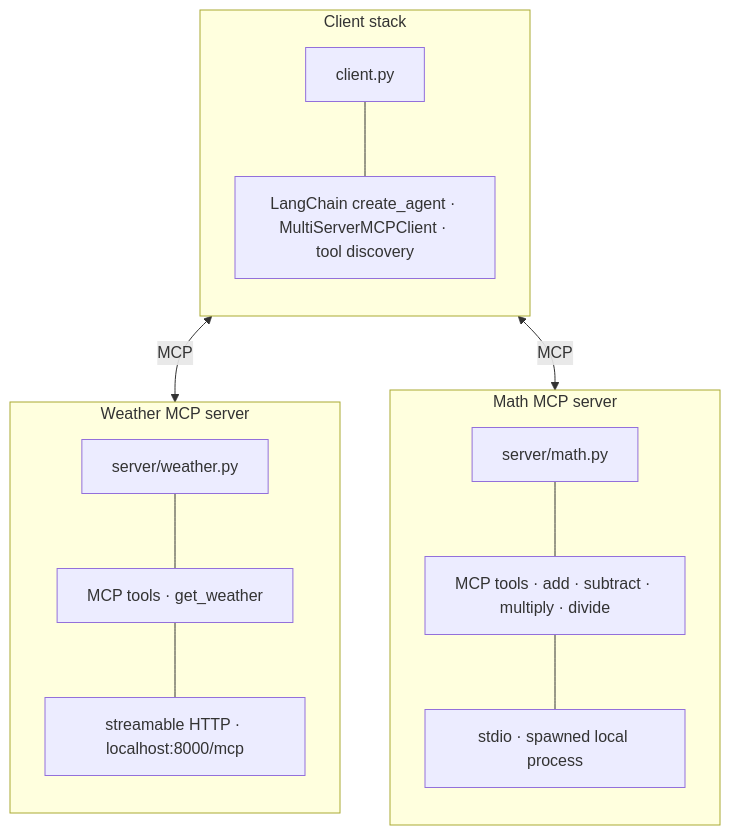
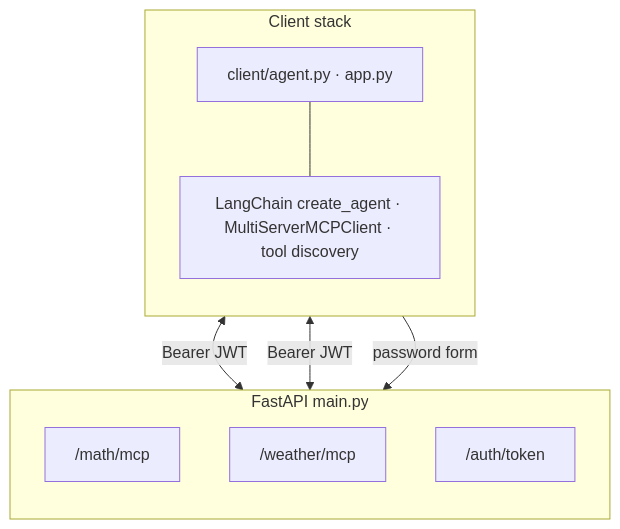
Before and after one commit to reddybharat/custom-mcp-server: the diagram in README.md, drawn with Mermaid. The commit also changed other lines of this file and 7 other files, not shown here.

Commit message:
Updated folder structure to seperate out server and client

````diff
--- a/README.md
+++ b/README.md
@@ -18,30 +18,20 @@
 ```mermaid
 flowchart TB
     subgraph cli["Client stack"]
         direction TB
-        c_title["client.py"]
+        c_title["client/agent.py · app.py"]
         c_detail["LangChain create_agent · MultiServerMCPClient · tool discovery"]
         c_title --- c_detail
     end
 
-    subgraph smath["Math MCP server"]
+    subgraph api["FastAPI main.py"]
         direction TB
-        m_file["server/math.py"]
-        m_tools["MCP tools · add · subtract · multiply · divide"]
-        m_io["stdio · spawned local process"]
-        m_file --- m_tools
-        m_tools --- m_io
+        math_m["/math/mcp"]
+        wx_m["/weather/mcp"]
+        auth["/auth/token"]
     end
 
-    subgraph swx["Weather MCP server"]
-        direction TB
-        w_file["server/weather.py"]
-        w_tools["MCP tools · get_weather"]
-        w_io["streamable HTTP · localhost:8000/mcp"]
-        w_file --- w_tools
-        w_tools --- w_io
-    end
-
-    c_detail <-->|MCP| m_io
-    c_detail <-->|MCP| w_io
+    c_detail <-->|Bearer JWT| math_m
+    c_detail <-->|Bearer JWT| wx_m
+    c_detail -->|password form| auth
 ```
````
